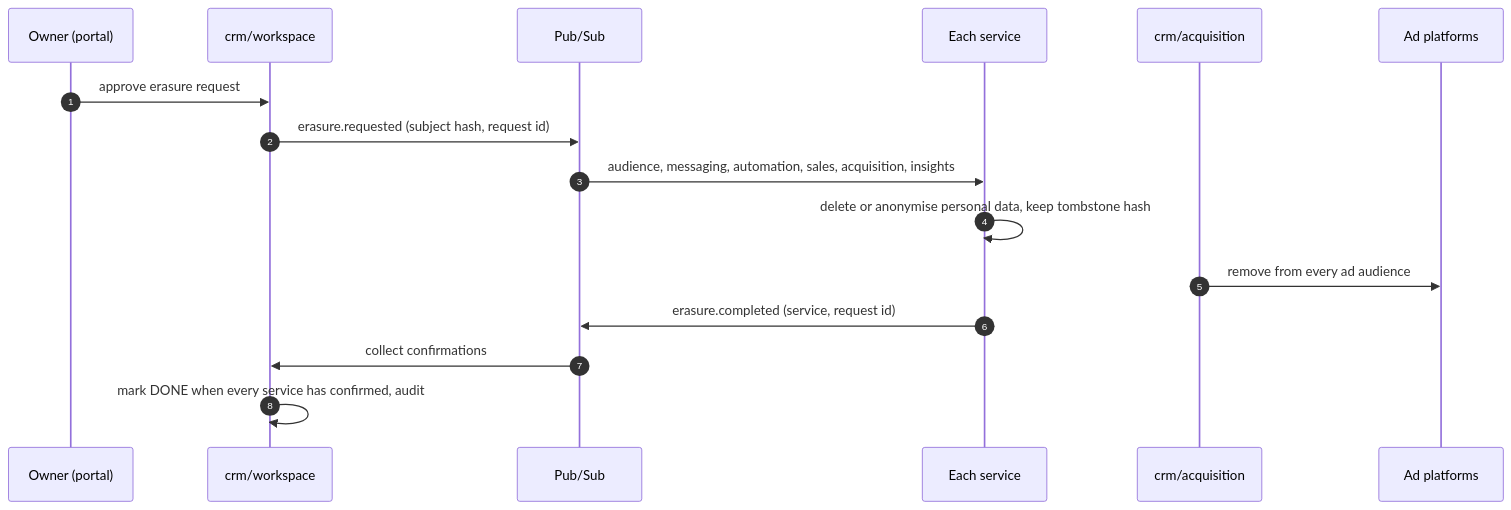
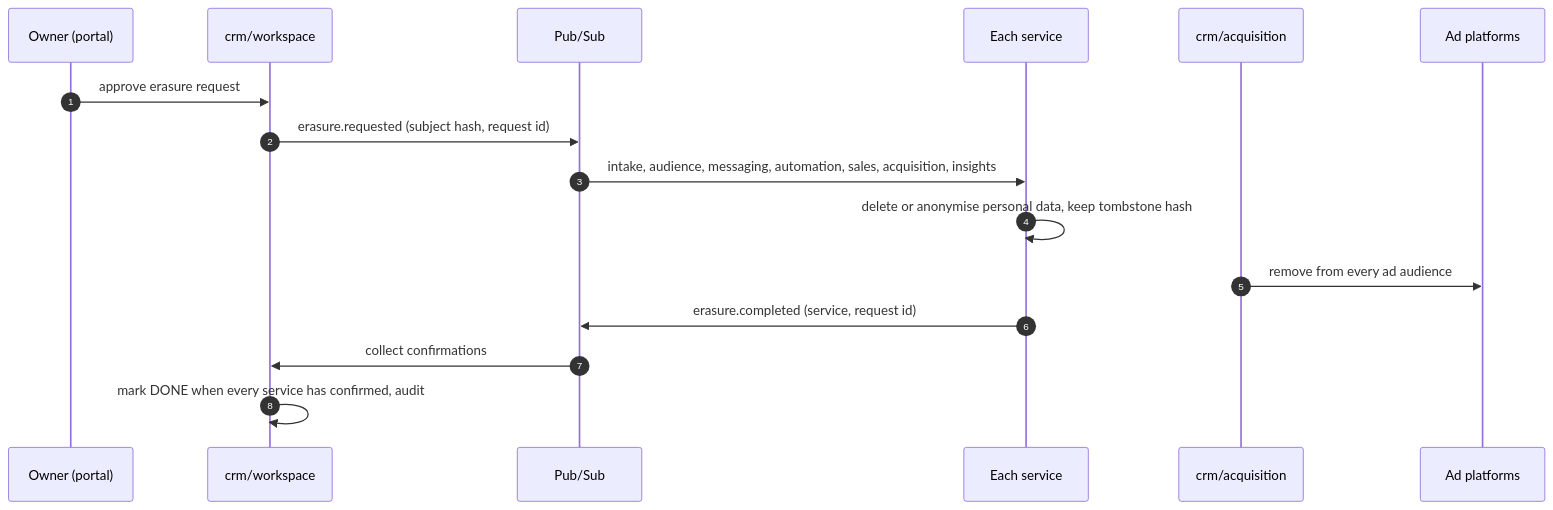
Diagram 19 of 24 in openapi/crm/docs/08-service-decomposition.md (microscaler/rerp), drawn with Mermaid before and after one commit. The commit also changed other lines of this file and 13 other files, not shown here.

````diff
--- a/openapi/crm/docs/08-service-decomposition.md
+++ b/openapi/crm/docs/08-service-decomposition.md
@@ -979,18 +1006,18 @@
 ```mermaid
 sequenceDiagram
     autonumber
     participant O as Owner (portal)
     participant WS as crm/workspace
     participant B as Pub/Sub
     participant S as Each service
     participant Q as crm/acquisition
     participant AP as Ad platforms
     O->>WS: approve erasure request
     WS->>B: erasure.requested (subject hash, request id)
-    B->>S: audience, messaging, automation, sales, acquisition, insights
+    B->>S: intake, audience, messaging, automation, sales, acquisition, insights
     S->>S: delete or anonymise personal data, keep tombstone hash
     Q->>AP: remove from every ad audience
     S->>B: erasure.completed (service, request id)
     B->>WS: collect confirmations
     WS->>WS: mark DONE when every service has confirmed, audit
 ```
````
